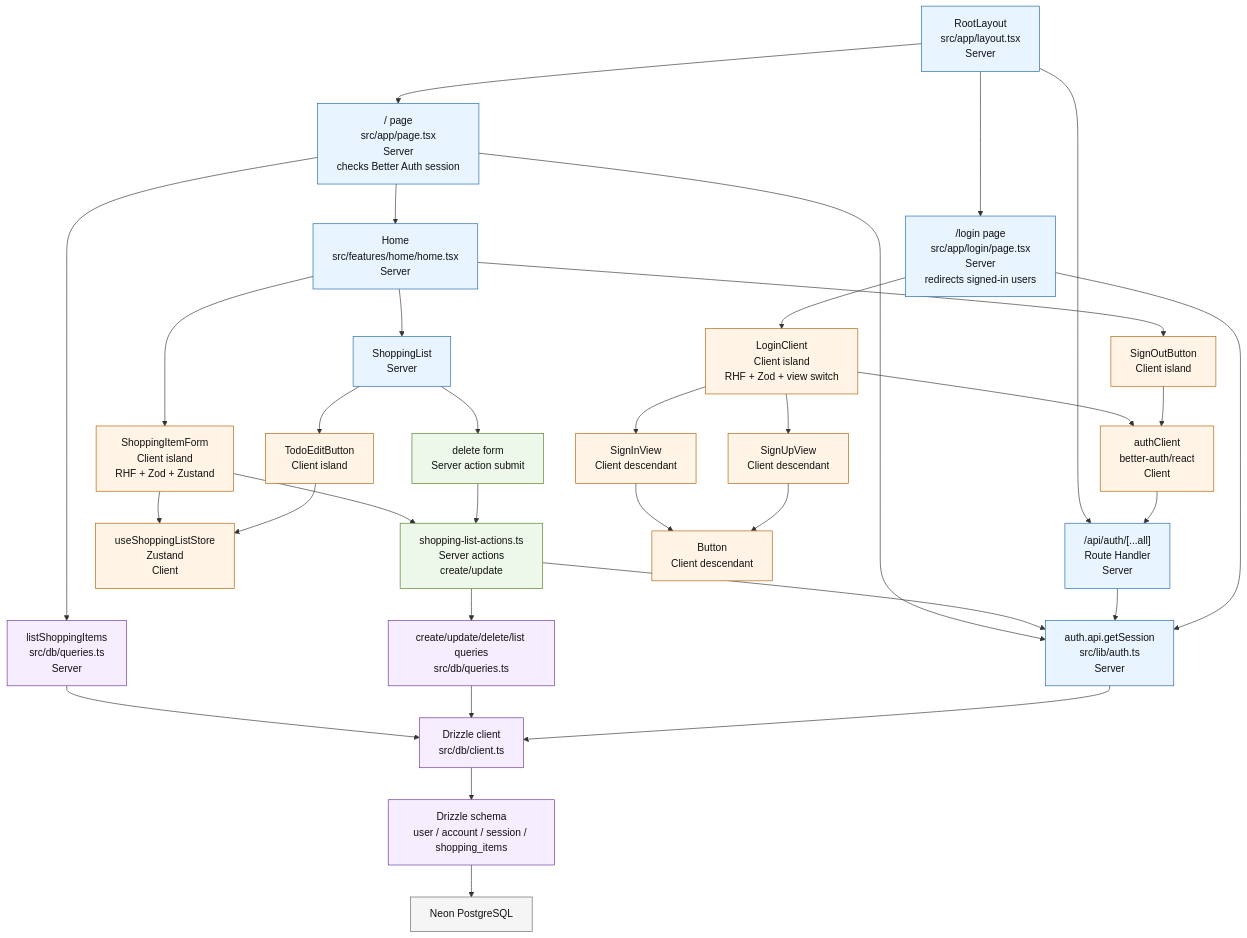
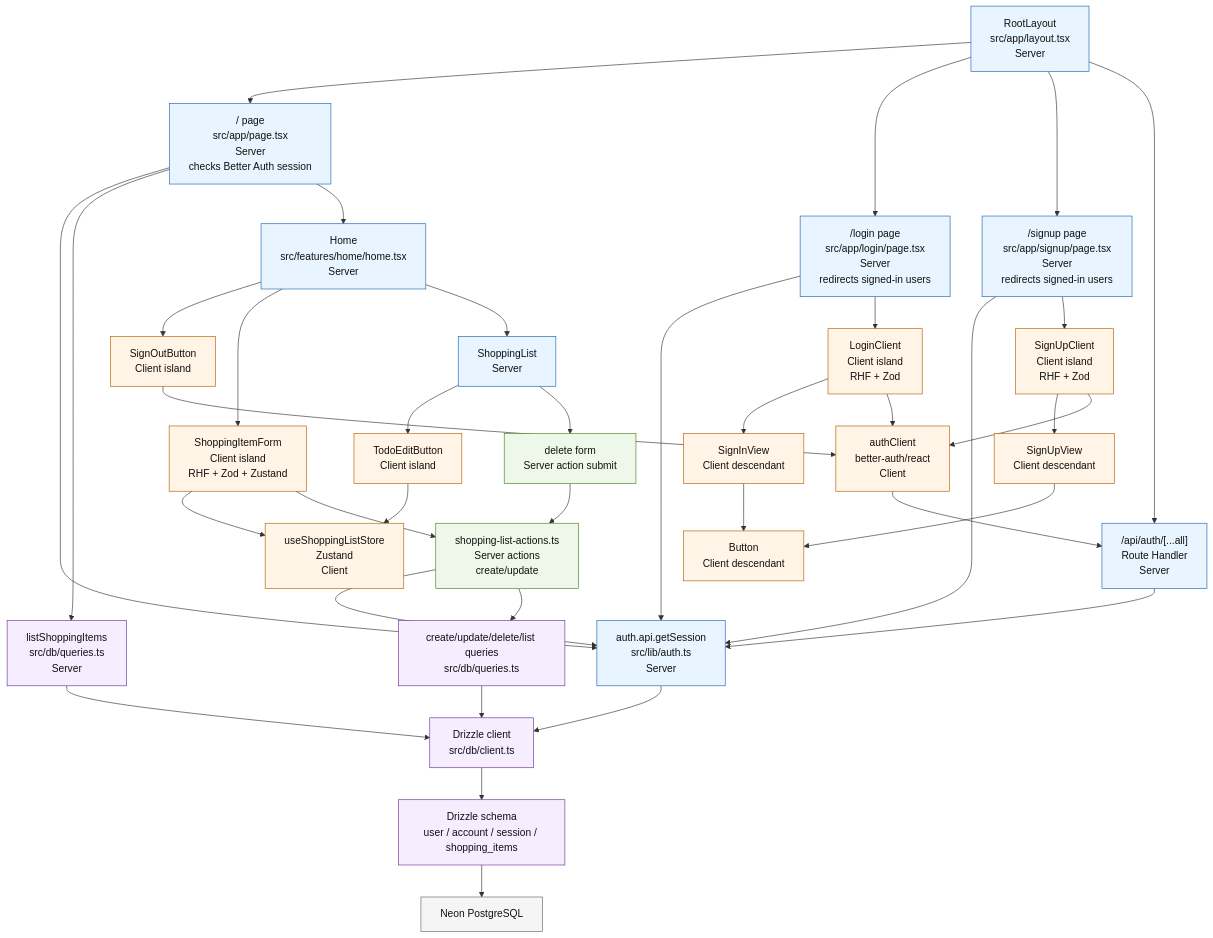
One commit to mirzaianov/shopping-list changed the diagram in .agents/project-files/architecture/component-composition.md. Above: the diagram before and after it, drawn with Mermaid. The commit also changed other lines of this file and 18 other files, not shown here.

Commit message:
feat(SHL-6): Split sign-up route and auth errors

````diff
--- a/.agents/project-files/architecture/component-composition.md
+++ b/.agents/project-files/architecture/component-composition.md
@@ -5,51 +5,56 @@
 ```mermaid
 flowchart TD
   Root["RootLayout<br/>src/app/layout.tsx<br/>Server"]:::server
 
   Root --> HomeRoute["/ page<br/>src/app/page.tsx<br/>Server<br/>checks Better Auth session"]:::server
   Root --> LoginRoute["/login page<br/>src/app/login/page.tsx<br/>Server<br/>redirects signed-in users"]:::server
+  Root --> SignUpRoute["/signup page<br/>src/app/signup/page.tsx<br/>Server<br/>redirects signed-in users"]:::server
   Root --> AuthRoute["/api/auth/[...all]<br/>Route Handler<br/>Server"]:::server
 
   HomeRoute --> AuthServer["auth.api.getSession<br/>src/lib/auth.ts<br/>Server"]:::server
   HomeRoute --> ListQuery["listShoppingItems<br/>src/db/queries.ts<br/>Server"]:::data
   HomeRoute --> Home["Home<br/>src/features/home/home.tsx<br/>Server"]:::server
 
   Home --> SignOutButton["SignOutButton<br/>Client island"]:::client
   Home --> ShoppingItemForm["ShoppingItemForm<br/>Client island<br/>RHF + Zod + Zustand"]:::client
   Home --> ShoppingList["ShoppingList<br/>Server"]:::server
 
   ShoppingItemForm --> Store["useShoppingListStore<br/>Zustand<br/>Client"]:::client
   ShoppingItemForm --> ItemActions["shopping-list-actions.ts<br/>Server actions<br/>create/update"]:::action
 
   ShoppingList --> TodoEditButton["TodoEditButton<br/>Client island"]:::client
   ShoppingList --> DeleteForm["delete form<br/>Server action submit"]:::action
   DeleteForm --> ItemActions
   TodoEditButton --> Store
 
   ItemActions --> AuthServer
   ItemActions --> Queries["create/update/delete/list queries<br/>src/db/queries.ts"]:::data
   ListQuery --> DbClient["Drizzle client<br/>src/db/client.ts"]:::data
   Queries --> DbClient
   AuthServer --> DbClient
   AuthRoute --> AuthServer
 
   DbClient --> Schema["Drizzle schema<br/>user / account / session / shopping_items"]:::data
   Schema --> Neon["Neon PostgreSQL"]:::external
 
   LoginRoute --> AuthServer
-  LoginRoute --> LoginClient["LoginClient<br/>Client island<br/>RHF + Zod + view switch"]:::client
+  LoginRoute --> LoginClient["LoginClient<br/>Client island<br/>RHF + Zod"]:::client
   LoginClient --> SignInView["SignInView<br/>Client descendant"]:::client
-  LoginClient --> SignUpView["SignUpView<br/>Client descendant"]:::client
   LoginClient --> AuthClient["authClient<br/>better-auth/react<br/>Client"]:::client
+
+  SignUpRoute --> AuthServer
+  SignUpRoute --> SignUpClient["SignUpClient<br/>Client island<br/>RHF + Zod"]:::client
+  SignUpClient --> SignUpView["SignUpView<br/>Client descendant"]:::client
+  SignUpClient --> AuthClient
 
   SignInView --> Button["Button<br/>Client descendant"]:::client
   SignUpView --> Button
   SignOutButton --> AuthClient
   AuthClient --> AuthRoute
 
   classDef server fill:#e8f4ff,stroke:#2166ac,color:#111
   classDef client fill:#fff4e5,stroke:#b45f06,color:#111
   classDef action fill:#eef8ea,stroke:#4f7f22,color:#111
   classDef data fill:#f6edff,stroke:#6a329f,color:#111
   classDef external fill:#f5f5f5,stroke:#666,color:#111
 ```
````
